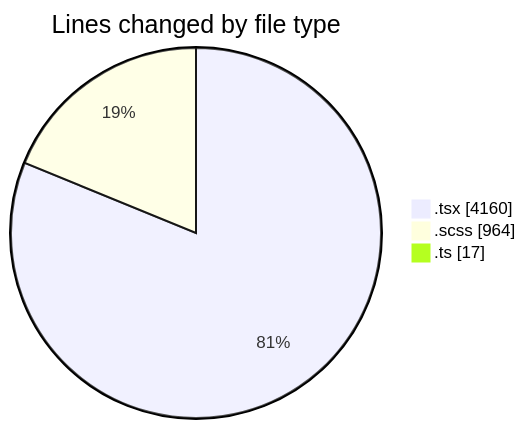
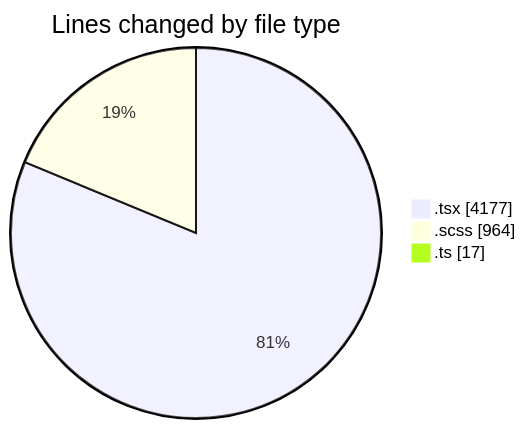
The first of 2 diagrams in 2025-09-19/cda/README.md (momahboobian/code-tracking), drawn with Mermaid before and after one commit. The commit also changed other lines of this file and 1 other file, not shown here.

````diff
--- a/2025-09-19/cda/README.md
+++ b/2025-09-19/cda/README.md
@@ -26,7 +26,7 @@
 ```mermaid
 pie showData
 title Lines changed by file type
-".tsx" : 4160
+".tsx" : 4177
 ".scss" : 964
 ".ts" : 17
 ```
````
